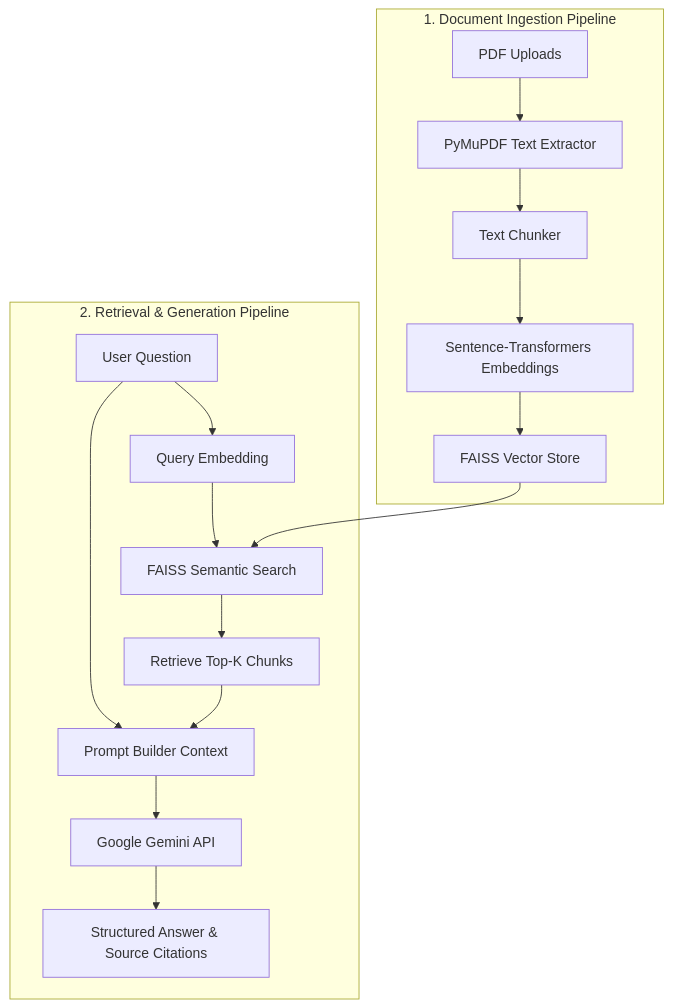
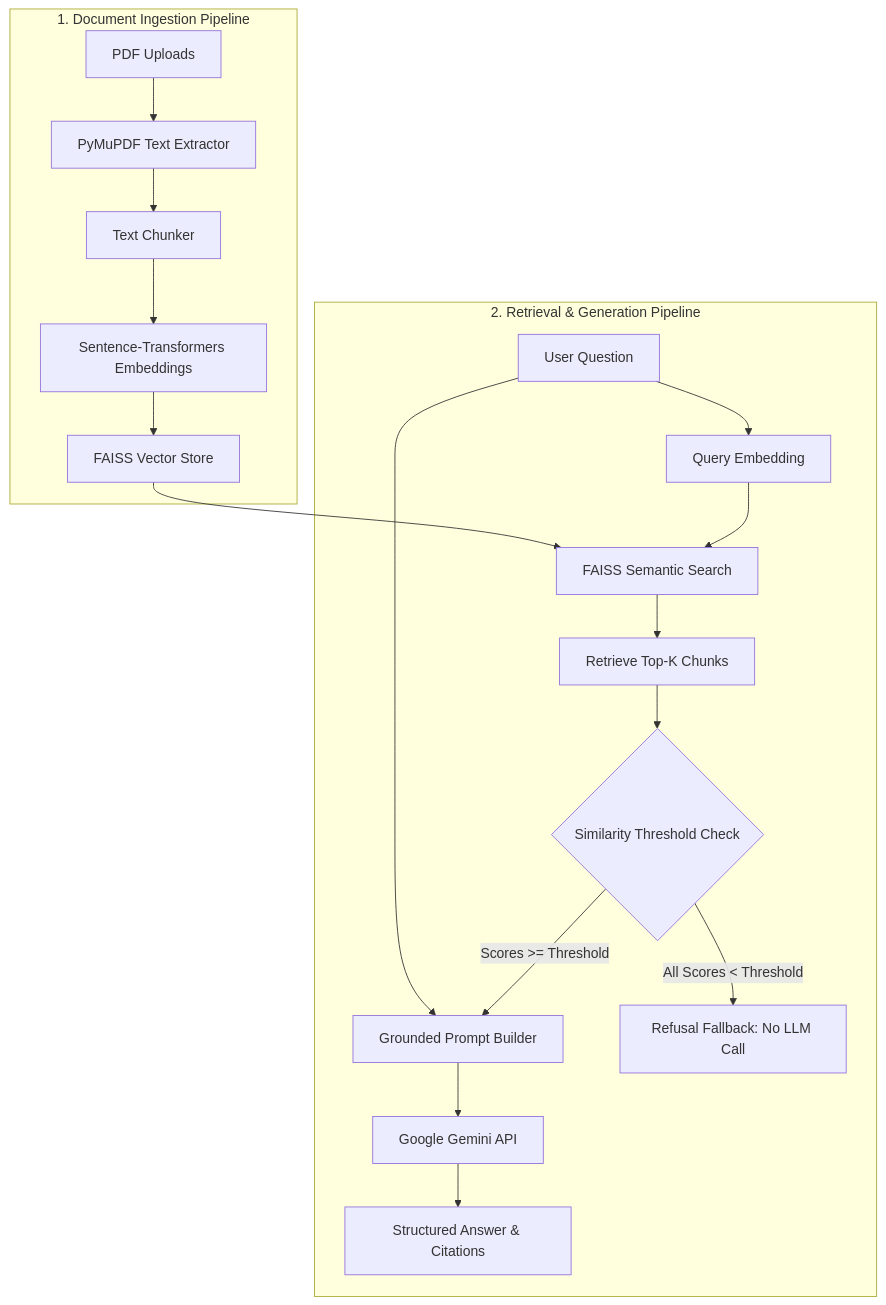
One commit to PS-khushee-sonagra/Bookwise changed the diagram in README.md. Above: the diagram before and after it, drawn with Mermaid. The commit also changed other lines of this file and 16 other files, not shown here.

Commit message:
Improve RAG pipeline with source citations and add tests

````diff
--- a/README.md
+++ b/README.md
@@ -33,20 +35,22 @@
 ```mermaid
 flowchart TD
     subgraph Ingestion ["1. Document Ingestion Pipeline"]
         A[PDF Uploads] --> B[PyMuPDF Text Extractor]
         B --> C[Text Chunker]
         C --> D[Sentence-Transformers Embeddings]
         D --> E[FAISS Vector Store]
     end
 
     subgraph Query ["2. Retrieval & Generation Pipeline"]
         F[User Question] --> G[Query Embedding]
         G --> H[FAISS Semantic Search]
         E --> H
         H --> I[Retrieve Top-K Chunks]
-        I --> J[Prompt Builder Context]
-        F --> J
-        J --> K[Google Gemini API]
-        K --> L[Structured Answer & Source Citations]
+        I --> J{Similarity Threshold Check}
+        J -- "Scores >= Threshold" --> K[Grounded Prompt Builder]
+        J -- "All Scores < Threshold" --> L[Refusal Fallback: No LLM Call]
+        F --> K
+        K --> M[Google Gemini API]
+        M --> N[Structured Answer & Citations]
     end
 ```
````
